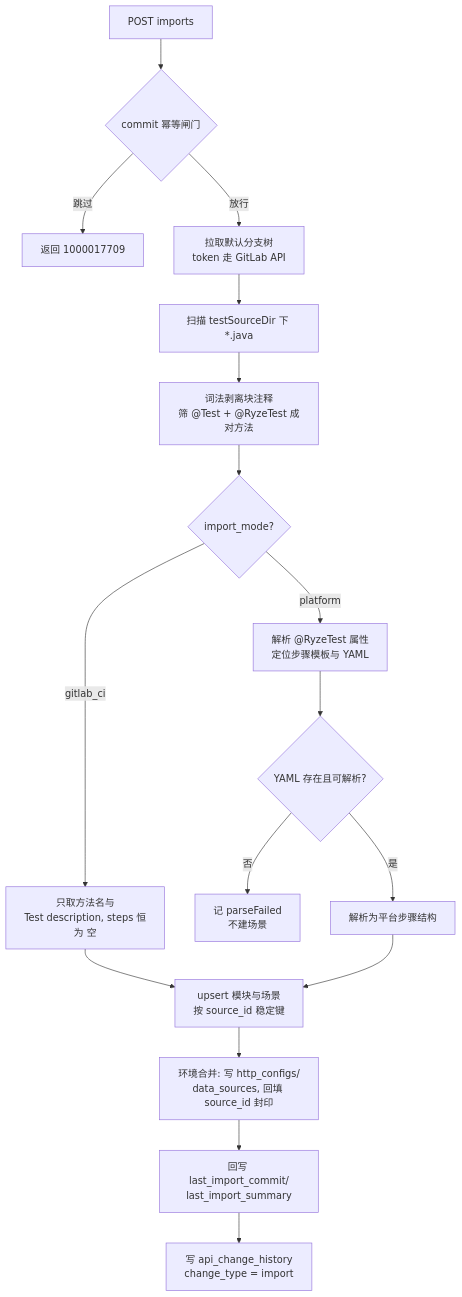
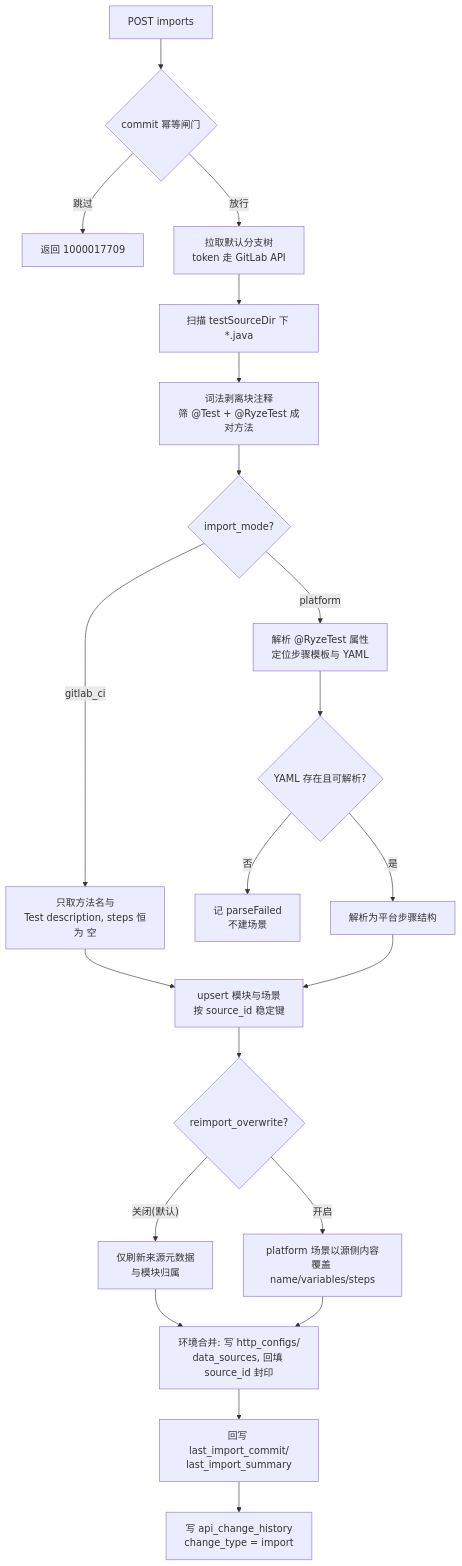
The second of 4 diagrams in docs/04-detailed-design/05-api-testing/32-gitlab-integration-overview.md (XiaoMiSum/robotest), drawn with Mermaid before and after one commit. The commit also changed other lines of this file and 3 other files, not shown here.

````diff
--- a/docs/04-detailed-design/05-api-testing/32-gitlab-integration-overview.md
+++ b/docs/04-detailed-design/05-api-testing/32-gitlab-integration-overview.md
@@ -261,19 +266,23 @@
 ```mermaid
 flowchart TD
     A[POST imports] --> B{commit 幂等闸门}
     B -- 跳过 --> Z[返回 1000017709]
     B -- 放行 --> C[拉取默认分支树<br/>token 走 GitLab API]
     C --> D[扫描 testSourceDir 下 *.java]
     D --> E[词法剥离块注释<br/>筛 @Test + @RyzeTest 成对方法]
     E --> F{import_mode?}
     F -- gitlab_ci --> G[只取方法名与<br/>Test description, steps 恒为 空]
     F -- platform --> H[解析 @RyzeTest 属性<br/>定位步骤模板与 YAML]
     H --> I{YAML 存在且可解析?}
     I -- 否 --> J[记 parseFailed<br/>不建场景]
     I -- 是 --> K[解析为平台步骤结构]
     G --> L[upsert 模块与场景<br/>按 source_id 稳定键]
     K --> L
-    L --> M[环境合并: 写 http_configs/<br/>data_sources, 回填 source_id 封印]
+    L --> L1{reimport_overwrite?}
+    L1 -- 关闭(默认) --> L2[仅刷新来源元数据<br/>与模块归属]
+    L1 -- 开启 --> L3[platform 场景以源侧内容<br/>覆盖 name/variables/steps]
+    L2 --> M[环境合并: 写 http_configs/<br/>data_sources, 回填 source_id 封印]
+    L3 --> M
     M --> N[回写 last_import_commit/<br/>last_import_summary]
     N --> O[写 api_change_history<br/>change_type = import]
 ```
````
